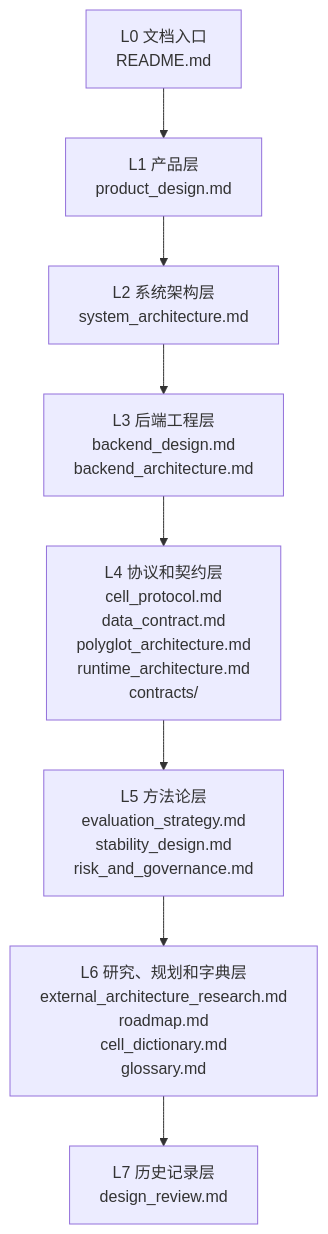
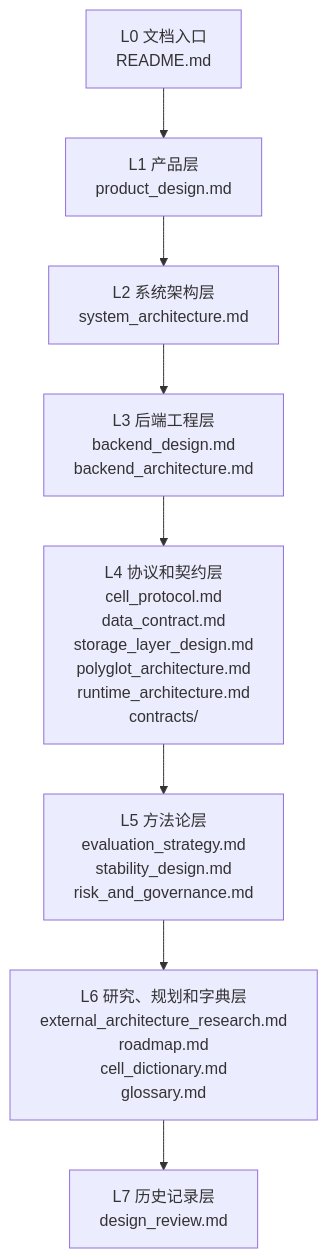
The first of 2 diagrams in docs/documentation_architecture.md (ModWU/market-cell), drawn with Mermaid before and after one commit. The commit also changed other lines of this file and 13 other files, not shown here.

````diff
--- a/docs/documentation_architecture.md
+++ b/docs/documentation_architecture.md
@@ -17,19 +17,19 @@
 ```mermaid
 flowchart TD
     L0["L0 文档入口<br/>README.md"]
     L1["L1 产品层<br/>product_design.md"]
     L2["L2 系统架构层<br/>system_architecture.md"]
     L3["L3 后端工程层<br/>backend_design.md<br/>backend_architecture.md"]
-    L4["L4 协议和契约层<br/>cell_protocol.md<br/>data_contract.md<br/>polyglot_architecture.md<br/>runtime_architecture.md<br/>contracts/"]
+    L4["L4 协议和契约层<br/>cell_protocol.md<br/>data_contract.md<br/>storage_layer_design.md<br/>polyglot_architecture.md<br/>runtime_architecture.md<br/>contracts/"]
     L5["L5 方法论层<br/>evaluation_strategy.md<br/>stability_design.md<br/>risk_and_governance.md"]
     L6["L6 研究、规划和字典层<br/>external_architecture_research.md<br/>roadmap.md<br/>cell_dictionary.md<br/>glossary.md"]
     L7["L7 历史记录层<br/>design_review.md"]
 
     L0 --> L1
     L1 --> L2
     L2 --> L3
     L3 --> L4
     L4 --> L5
     L5 --> L6
     L6 --> L7
 ```
````
